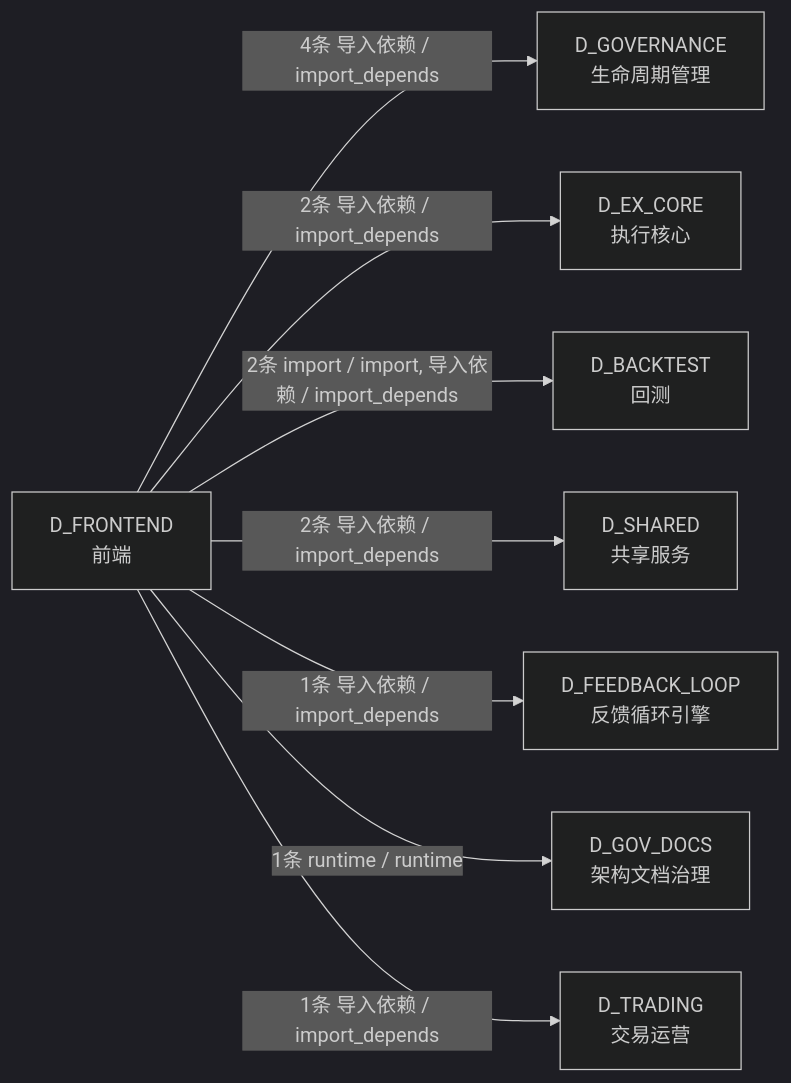
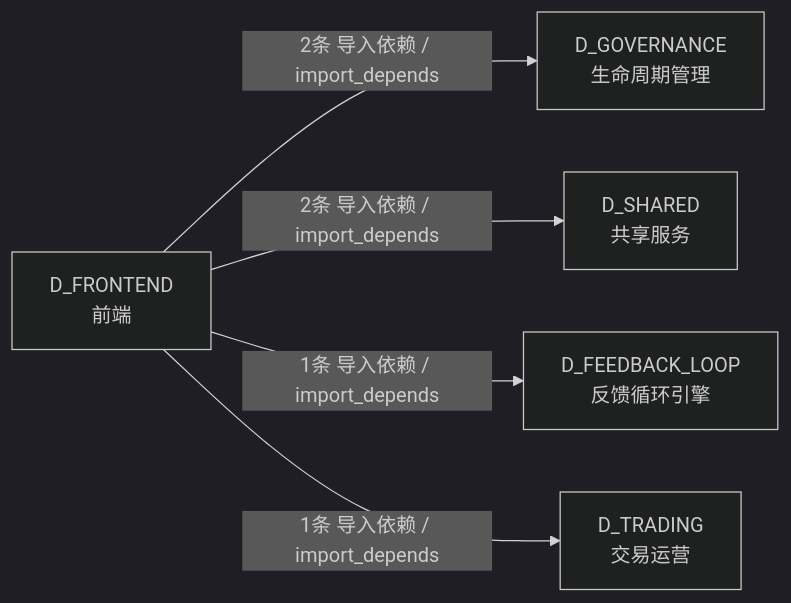
One commit to xuanFelixVan/ZephyrAlpha changed the third of 3 diagrams in docs/02_enterprise_architecture/02_domain_architecture_docs/15_d_frontend.md. Above: the diagram before and after it, drawn with Mermaid (dark theme). The commit also changed other lines of this file and 128 other files, not shown here.

````diff
--- a/docs/02_enterprise_architecture/02_domain_architecture_docs/15_d_frontend.md
+++ b/docs/02_enterprise_architecture/02_domain_architecture_docs/15_d_frontend.md
@@ -289,18 +207,12 @@
 ```mermaid
 graph LR
     D_FRONTEND["D_FRONTEND<br/>前端"]
     D_GOVERNANCE["D_GOVERNANCE<br/>生命周期管理"]
-    D_EX_CORE["D_EX_CORE<br/>执行核心"]
-    D_BACKTEST["D_BACKTEST<br/>回测"]
     D_SHARED["D_SHARED<br/>共享服务"]
     D_FEEDBACK_LOOP["D_FEEDBACK_LOOP<br/>反馈循环引擎"]
-    D_GOV_DOCS["D_GOV_DOCS<br/>架构文档治理"]
     D_TRADING["D_TRADING<br/>交易运营"]
-    D_FRONTEND -->|4条 导入依赖 / import_depends| D_GOVERNANCE
-    D_FRONTEND -->|2条 导入依赖 / import_depends| D_EX_CORE
-    D_FRONTEND -->|2条 import / import, 导入依赖 / import_depends| D_BACKTEST
+    D_FRONTEND -->|2条 导入依赖 / import_depends| D_GOVERNANCE
     D_FRONTEND -->|2条 导入依赖 / import_depends| D_SHARED
     D_FRONTEND -->|1条 导入依赖 / import_depends| D_FEEDBACK_LOOP
-    D_FRONTEND -->|1条 runtime / runtime| D_GOV_DOCS
     D_FRONTEND -->|1条 导入依赖 / import_depends| D_TRADING
 ```
````
